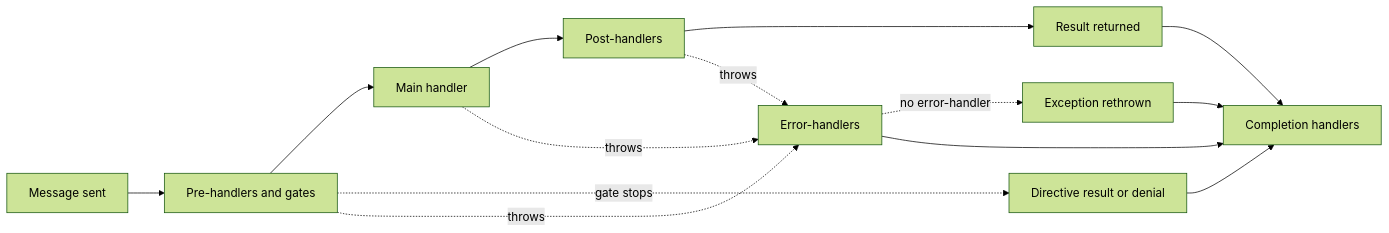
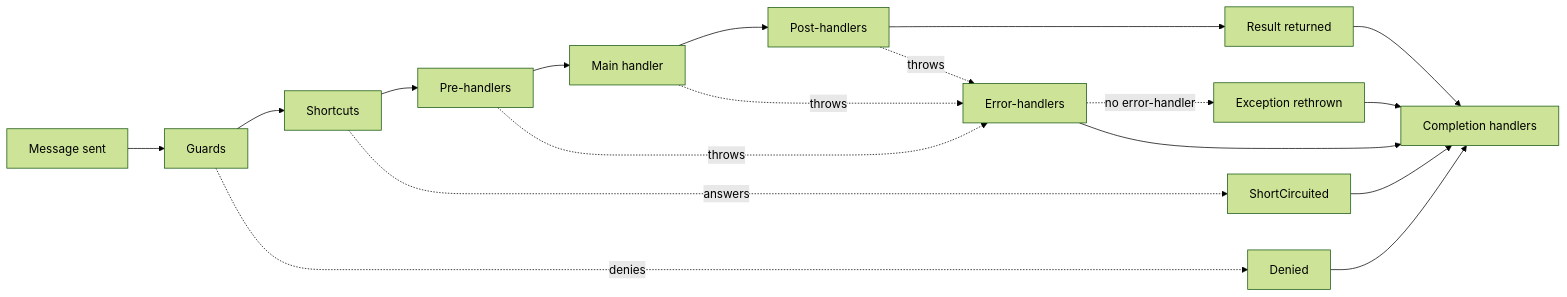
The diagram in site/content/docs/concepts/handler-pipeline.md (litenova/LiteBus), drawn with Mermaid (forest theme) before and after one commit. The commit also changed other lines of this file and 90 other files, not shown here.

````diff
--- a/site/content/docs/concepts/handler-pipeline.md
+++ b/site/content/docs/concepts/handler-pipeline.md
@@ -17,16 +19,20 @@
 ```mermaid
 flowchart LR
-    A[Message sent] --> B[Pre-handlers and gates]
+    A[Message sent] --> G1[Guards]
+    G1 --> S1[Shortcuts]
+    S1 --> B[Pre-handlers]
     B --> C[Main handler]
     C --> D[Post-handlers]
     D --> E[Result returned]
-    B -. gate stops .-> I[Directive result or denial]
+    G1 -. denies .-> I[Denied]
+    S1 -. answers .-> J[ShortCircuited]
     B -. throws .-> F[Error-handlers]
     C -. throws .-> F
     D -. throws .-> F
-    F -. no error-handler .-> G[Exception rethrown]
+    F -. no error-handler .-> K[Exception rethrown]
     E --> H[Completion handlers]
     I --> H
+    J --> H
     F --> H
-    G --> H
+    K --> H
 ```
````
